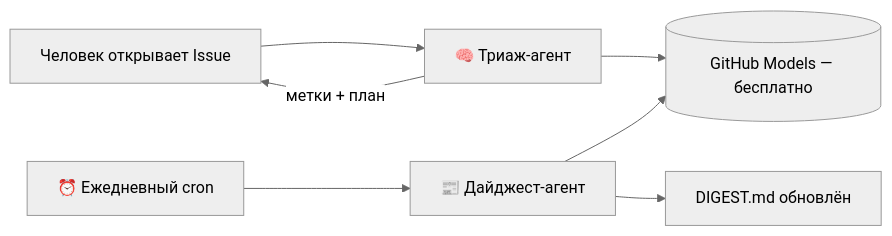
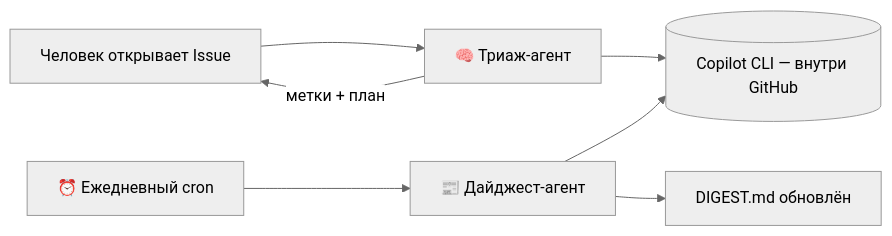
One commit to rtynbirf/polymat-hive changed the diagram in README.md. Above: the diagram before and after it, drawn with Mermaid (neutral theme). The commit also changed other lines of this file, not shown here.

````diff
--- a/README.md
+++ b/README.md
@@ -25,9 +26,9 @@
 ```mermaid
 flowchart LR
     A[Человек открывает Issue] --> B["🧠 Триаж-агент"]
     B -- "метки + план" --> A
     C[⏰ Ежедневный cron] --> D["📰 Дайджест-агент"]
     D --> E[DIGEST.md обновлён]
-    B --> F[(GitHub Models — бесплатно)]
+    B --> F[(Copilot CLI — внутри GitHub)]
     D --> F
 ```
````
